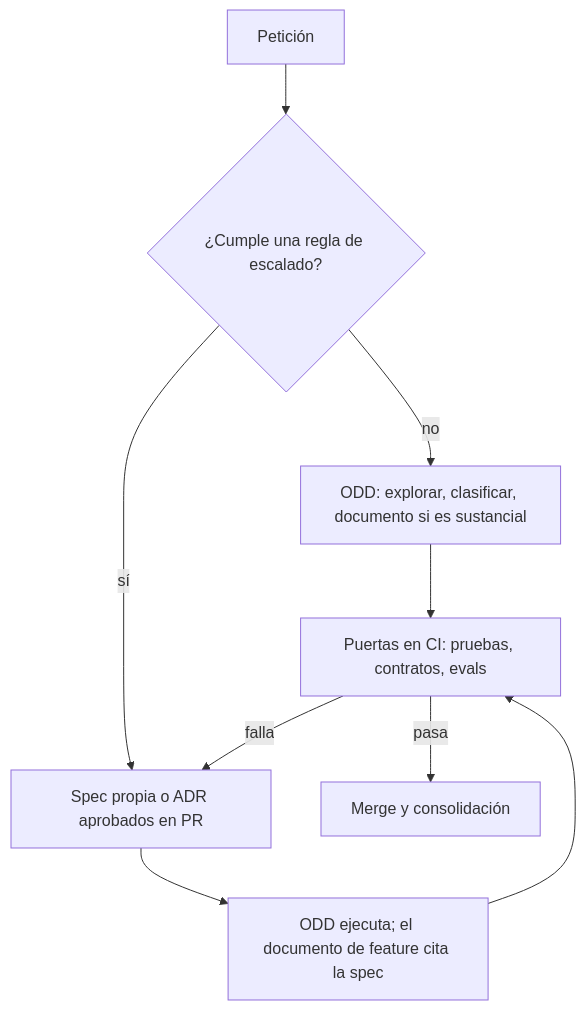
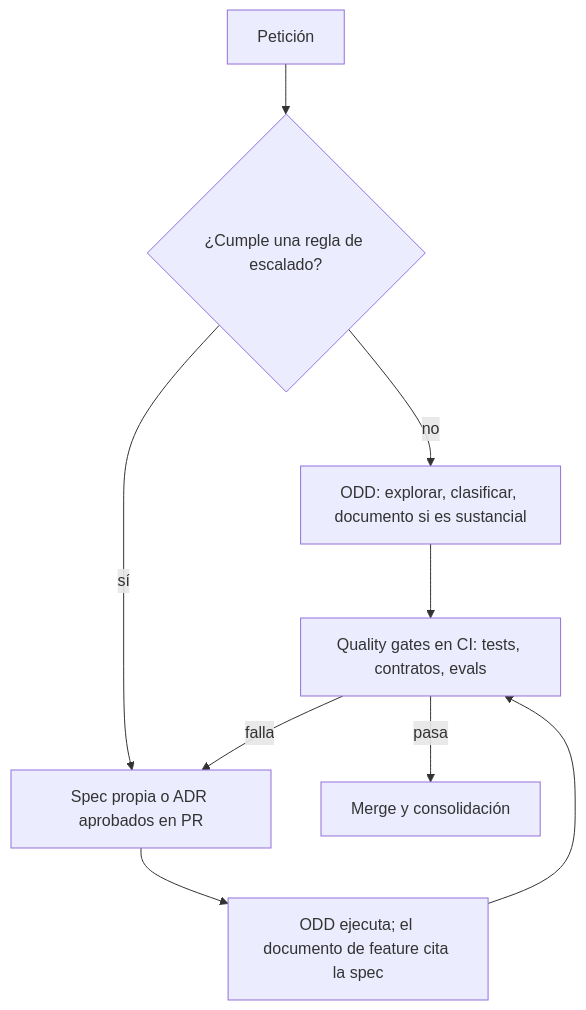
The third of 3 diagrams in md/De SDD a ODD - evolución para arquitectos.md (whinedo/ai-docs), drawn with Mermaid before and after one commit. The commit also changed other lines of this file and 7 other files, not shown here.

````diff
--- a/md/De SDD a ODD - evolución para arquitectos.md
+++ b/md/De SDD a ODD - evolución para arquitectos.md
@@ -153,11 +153,11 @@
 ```mermaid
 flowchart TD
   R[Petición] --> C{¿Cumple una regla de escalado?}
   C -- no --> O[ODD: explorar, clasificar, documento si es sustancial]
   C -- sí --> S[Spec propia o ADR aprobados en PR]
   S --> O2[ODD ejecuta; el documento de feature cita la spec]
-  O --> G[Puertas en CI: pruebas, contratos, evals]
+  O --> G[Quality gates en CI: tests, contratos, evals]
   O2 --> G
   G -- falla --> S
   G -- pasa --> M[Merge y consolidación]
 ```
````
